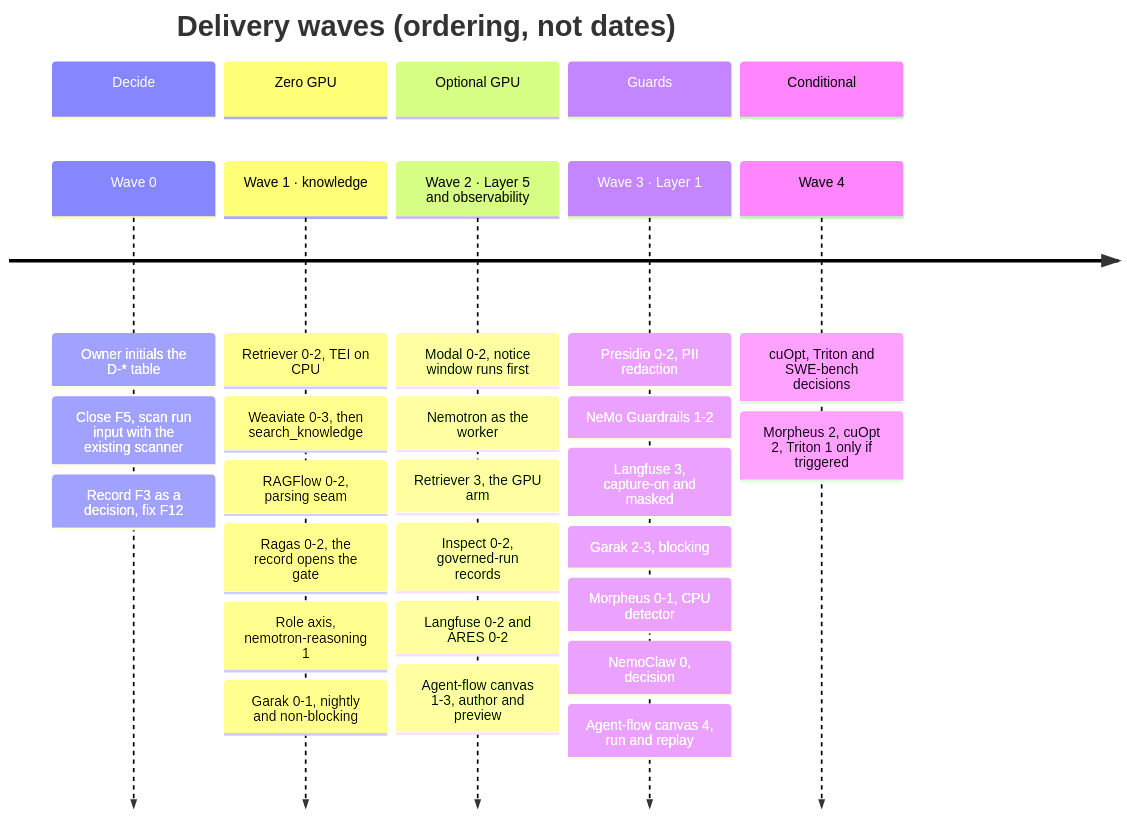
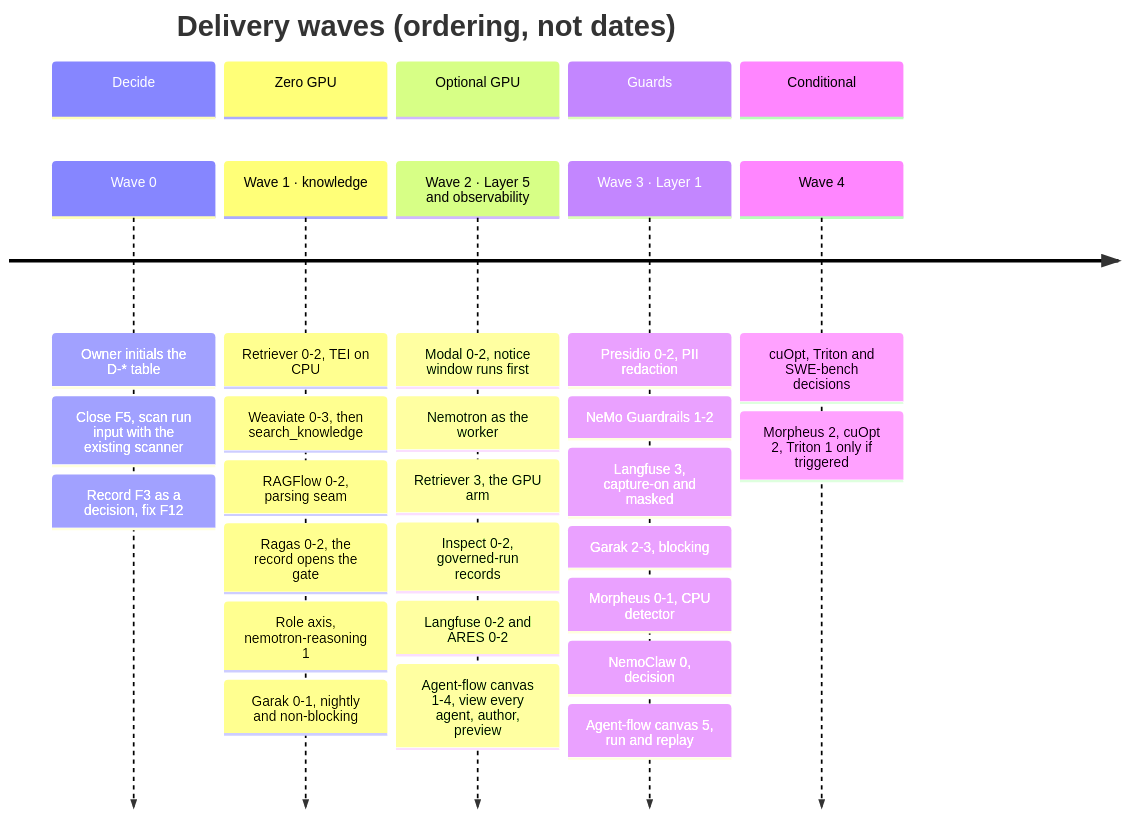
One commit to RodnaPamet/inflect-compliance changed the third of 5 diagrams in docs/ai-architecture-roadmap.md. Above: the diagram before and after it, drawn with Mermaid. The commit also changed other lines of this file and 1 other file, not shown here.

First line of the commit message:
docs(ai-architecture): every agent can be viewed on the canvas, however it was created

````diff
--- a/docs/ai-architecture-roadmap.md
+++ b/docs/ai-architecture-roadmap.md
@@ -420,33 +421,33 @@
 ```mermaid
 timeline
   title Delivery waves (ordering, not dates)
   section Decide
     Wave 0 : Owner initials the D-* table
            : Close F5, scan run input with the existing scanner
            : Record F3 as a decision, fix F12
   section Zero GPU
     Wave 1 · knowledge : Retriever 0-2, TEI on CPU
                        : Weaviate 0-3, then search_knowledge
                        : RAGFlow 0-2, parsing seam
                        : Ragas 0-2, the record opens the gate
                        : Role axis, nemotron-reasoning 1
                        : Garak 0-1, nightly and non-blocking
   section Optional GPU
     Wave 2 · Layer 5 and observability : Modal 0-2, notice window runs first
                                        : Nemotron as the worker
                                        : Retriever 3, the GPU arm
                                        : Inspect 0-2, governed-run records
                                        : Langfuse 0-2 and ARES 0-2
-                                       : Agent-flow canvas 1-3, author and preview
+                                       : Agent-flow canvas 1-4, view every agent, author, preview
   section Guards
     Wave 3 · Layer 1 : Presidio 0-2, PII redaction
                      : NeMo Guardrails 1-2
                      : Langfuse 3, capture-on and masked
                      : Garak 2-3, blocking
                      : Morpheus 0-1, CPU detector
                      : NemoClaw 0, decision
-                     : Agent-flow canvas 4, run and replay
+                     : Agent-flow canvas 5, run and replay
   section Conditional
     Wave 4 : cuOpt, Triton and SWE-bench decisions
            : Morpheus 2, cuOpt 2, Triton 1 only if triggered
 ```
````
